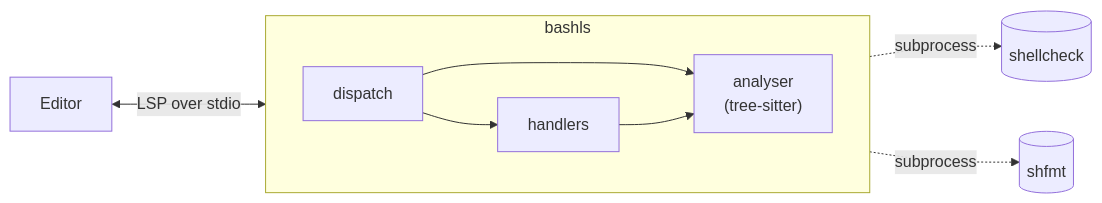
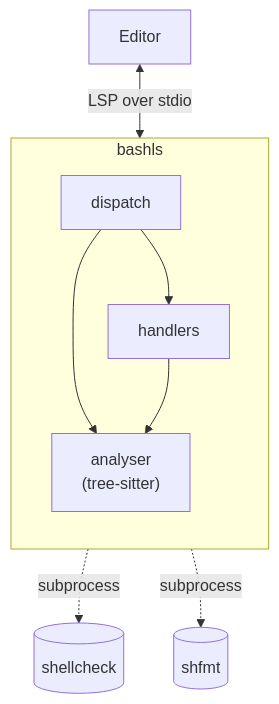
Before and after one commit to k8s-1/bashls: the diagram in REFERENCE.md, drawn with Mermaid.

Commit message:
docs: use top-down layout for architecture diagram

````diff
--- a/REFERENCE.md
+++ b/REFERENCE.md
@@ -18,14 +18,14 @@
 ```mermaid
-flowchart LR
+flowchart TD
     Editor["Editor"] <-->|LSP over stdio| Server
 
     subgraph Server["bashls"]
-        direction LR
+        direction TD
         Dispatch["dispatch"] --> Analyser["analyser<br/>(tree-sitter)"]
         Dispatch --> Handlers["handlers"]
         Handlers --> Analyser
     end
 
     Handlers -.->|subprocess| Shellcheck[(shellcheck)]
     Handlers -.->|subprocess| Shfmt[(shfmt)]
 ```
````
